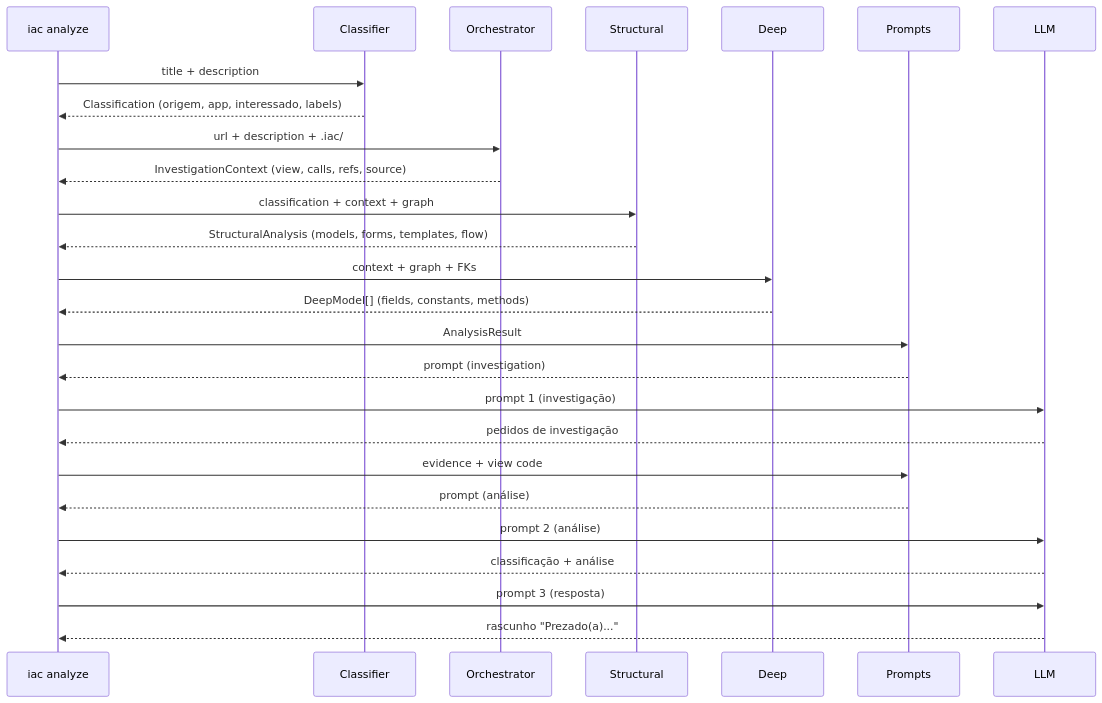
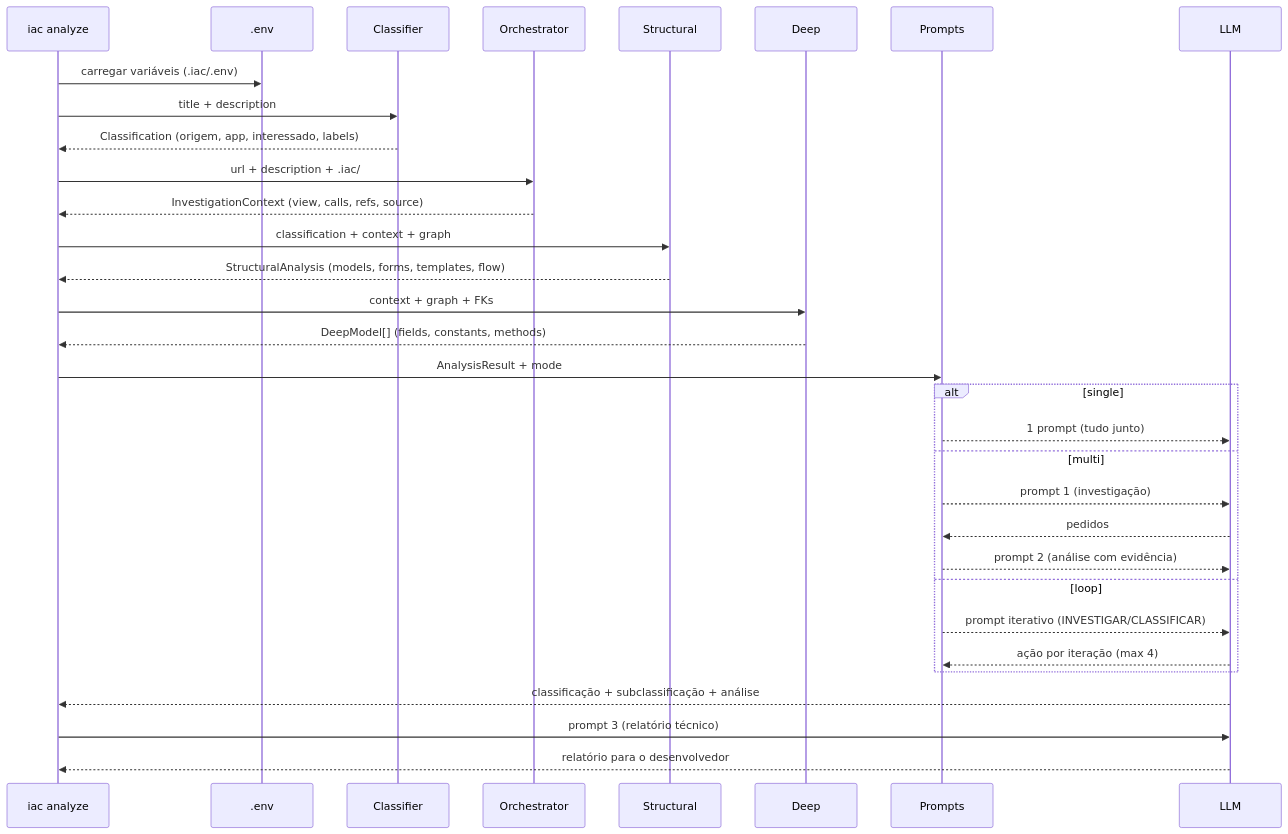
The second of 2 diagrams in docs/ARCHITECTURE.md (jailtoncarlos/incident-analyst-agent), drawn with Mermaid before and after one commit. The commit also changed other lines of this file, not shown here.

First line of the commit message:
docs: atualizar ARCHITECTURE.md com estado atual

````diff
--- a/docs/ARCHITECTURE.md
+++ b/docs/ARCHITECTURE.md
@@ -40,37 +40,41 @@
 ```mermaid
 sequenceDiagram
     participant CLI as iac analyze
+    participant ENV as .env
     participant CL as Classifier
     participant OR as Orchestrator
     participant ST as Structural
     participant DP as Deep
     participant PR as Prompts
     participant LLM as LLM
+
+    CLI->>ENV: carregar variáveis (.iac/.env)
 
     CLI->>CL: title + description
     CL-->>CLI: Classification (origem, app, interessado, labels)
 
     CLI->>OR: url + description + .iac/
     OR-->>CLI: InvestigationContext (view, calls, refs, source)
 
     CLI->>ST: classification + context + graph
     ST-->>CLI: StructuralAnalysis (models, forms, templates, flow)
 
     CLI->>DP: context + graph + FKs
     DP-->>CLI: DeepModel[] (fields, constants, methods)
 
-    CLI->>PR: AnalysisResult
-    PR-->>CLI: prompt (investigation)
+    CLI->>PR: AnalysisResult + mode
+    alt single
+        PR-->>LLM: 1 prompt (tudo junto)
+    else multi
+        PR-->>LLM: prompt 1 (investigação)
+        LLM-->>PR: pedidos
+        PR-->>LLM: prompt 2 (análise com evidência)
+    else loop
+        PR-->>LLM: prompt iterativo (INVESTIGAR/CLASSIFICAR)
+        LLM-->>PR: ação por iteração (max 4)
+    end
 
-    CLI->>LLM: prompt 1 (investigação)
-    LLM-->>CLI: pedidos de investigação
-
-    CLI->>PR: evidence + view code
-    PR-->>CLI: prompt (análise)
-
-    CLI->>LLM: prompt 2 (análise)
-    LLM-->>CLI: classificação + análise
-
-    CLI->>LLM: prompt 3 (resposta)
-    LLM-->>CLI: rascunho "Prezado(a)..."
+    LLM-->>CLI: classificação + subclassificação + análise
+    CLI->>LLM: prompt 3 (relatório técnico)
+    LLM-->>CLI: relatório para o desenvolvedor
 ```
````
